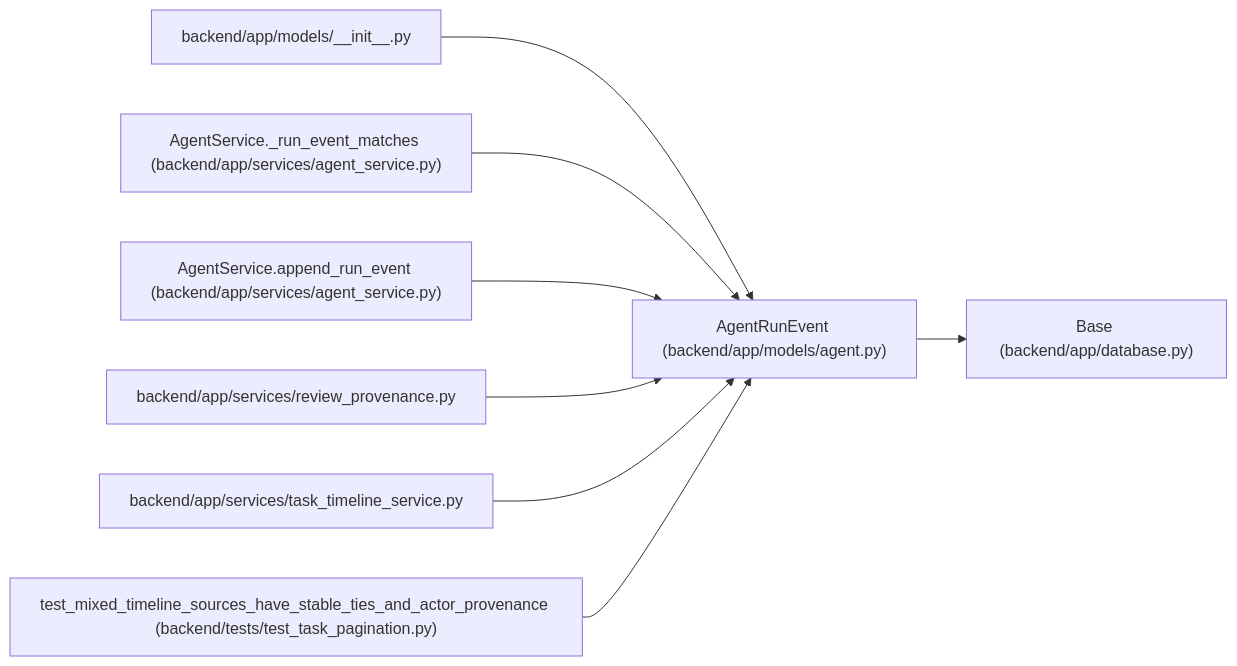
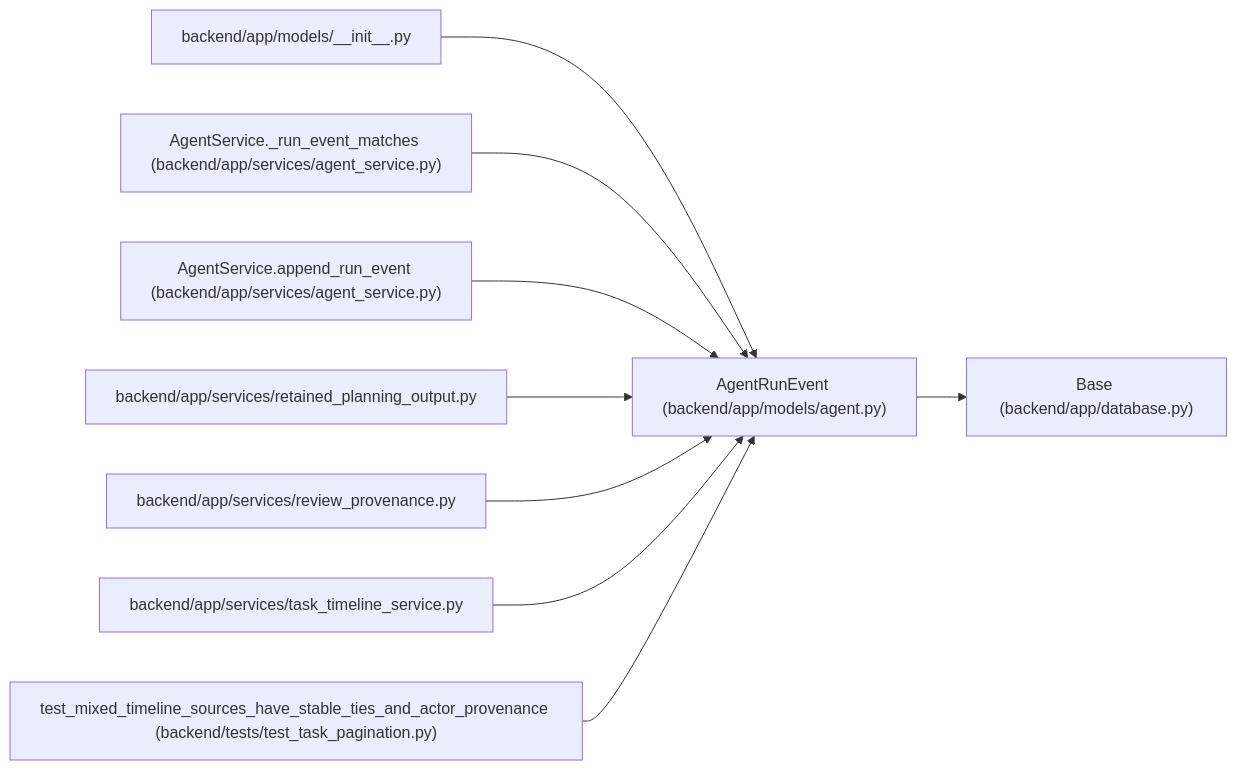
One commit to Denissvgn/WorkChord changed the diagram in docs/llm_wiki/entities/models_agent_AgentRunEvent.md. Above: the diagram before and after it, drawn with Mermaid. The commit also changed other lines of this file and 868 other files, not shown here.

Commit message:
Document authenticated planning-window recovery and retained worker evidence

````diff
--- a/docs/llm_wiki/entities/models_agent_AgentRunEvent.md
+++ b/docs/llm_wiki/entities/models_agent_AgentRunEvent.md
@@ -35,26 +35,29 @@
 ```mermaid
 flowchart LR
     n0["AgentRunEvent (backend/app/models/agent.py)"]
     n1["Base (backend/app/database.py)"]
     n2["backend/app/models/__init__.py"]
     n3["AgentService._run_event_matches (backend/app/services/agent_service.py)"]
     n4["AgentService.append_run_event (backend/app/services/agent_service.py)"]
-    n5["backend/app/services/review_provenance.py"]
-    n6["backend/app/services/task_timeline_service.py"]
-    n7["test_mixed_timeline_sources_have_stable_ties_and_actor_provenance (backend/tests/test_task_pagination.py)"]
+    n5["backend/app/services/retained_planning_output.py"]
+    n6["backend/app/services/review_provenance.py"]
+    n7["backend/app/services/task_timeline_service.py"]
+    n8["test_mixed_timeline_sources_have_stable_ties_and_actor_provenance (backend/tests/test_task_pagination.py)"]
     n0 --> n1
     n2 --> n0
     n3 --> n0
     n4 --> n0
     n5 --> n0
     n6 --> n0
     n7 --> n0
+    n8 --> n0
     click n0 "../modules/models_agent.md"
     click n1 "../modules/app_database.md"
     click n2 "../modules/models___init__.md"
     click n3 "../modules/agent_service.md"
     click n4 "../modules/agent_service.md"
-    click n5 "../modules/review_provenance.md"
-    click n6 "../modules/task_timeline_service.md"
-    click n7 "../modules/test_task_pagination.md"
+    click n5 "../modules/retained_planning_output.md"
+    click n6 "../modules/review_provenance.md"
+    click n7 "../modules/task_timeline_service.md"
+    click n8 "../modules/test_task_pagination.md"
 ```
````
